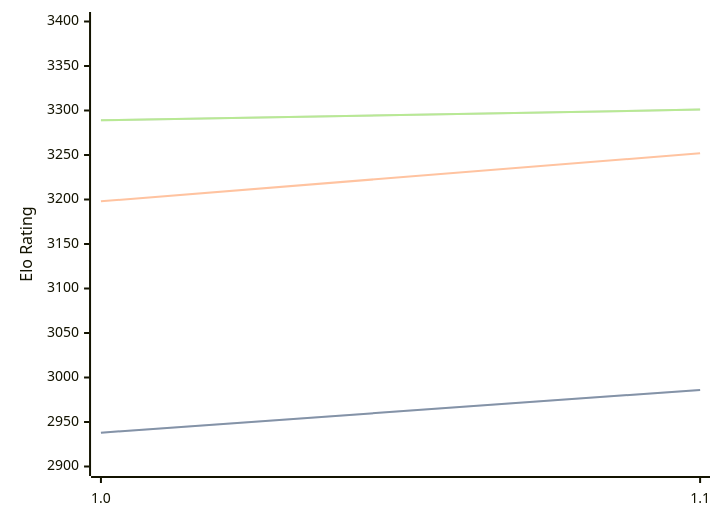
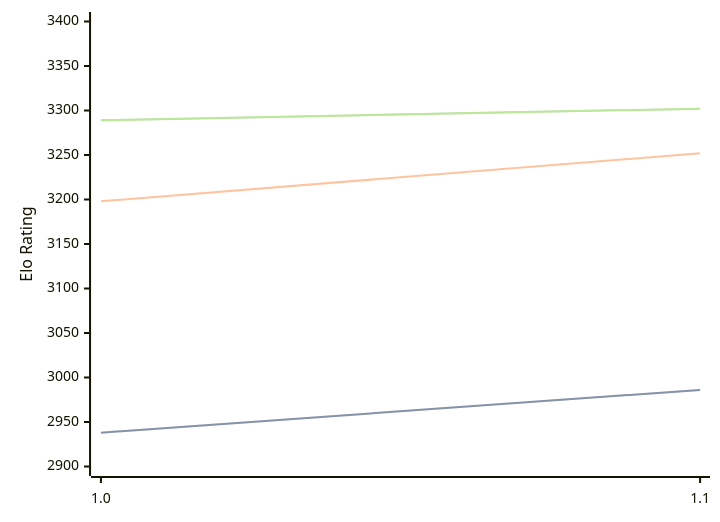
Before and after one commit to computer-chess-index/cci: the diagram in engines/RodentV.md, drawn with Mermaid. The commit also changed other lines of this file, not shown here.

Commit message:
Update CCI Ratings (ELO VLTC) - 2026-09-17

````diff
--- a/engines/RodentV.md
+++ b/engines/RodentV.md
@@ -33,11 +33,11 @@
 ```mermaid
 %%{init: {"theme":"base","themeVariables":{"seriesColors:['#a3a3a3','#222221','#faa371']}}}%%
 xychart-beta
   x-axis ["1.0", "1.1"]
   y-axis "Elo Rating" 2900 --> 3400
   line "" [2938, 2986]
   line "STC (8.0+0.08s)" [2938, 2986]
   line "LTC (60.0+0.60s)" [3198, 3252]
-  line "" [3289, 3301]
-  line "VLTC (2m24s+1.12s)" [3289, 3301]
+  line "" [3289, 3302]
+  line "VLTC (2m24s+1.12s)" [3289, 3302]
 ```
````
